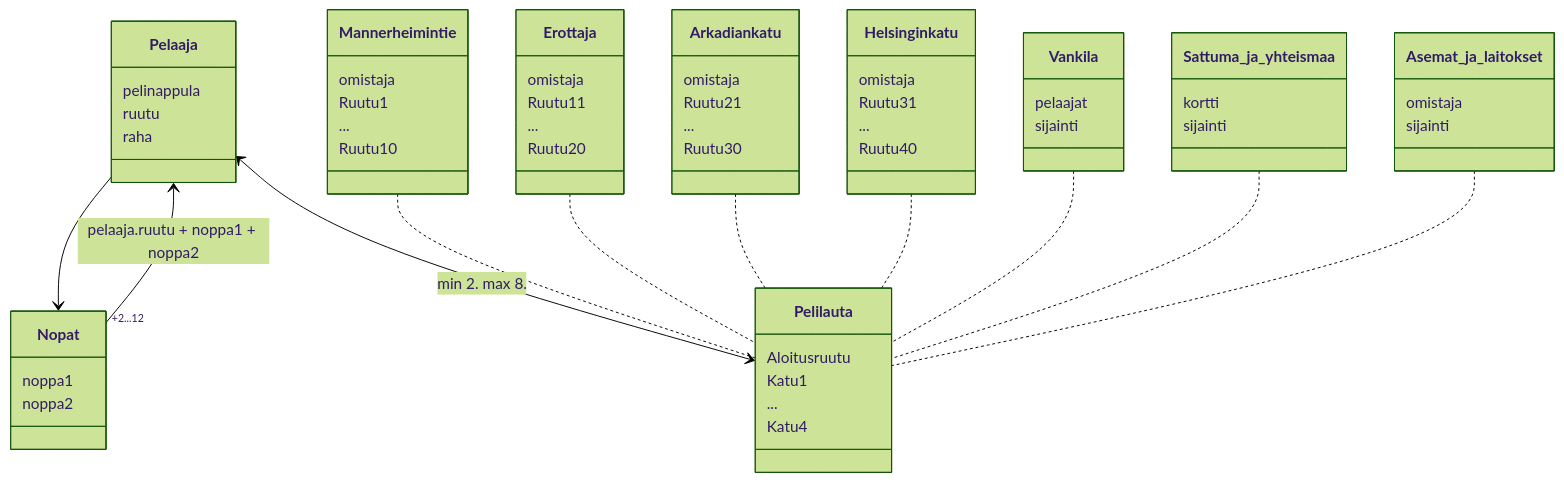
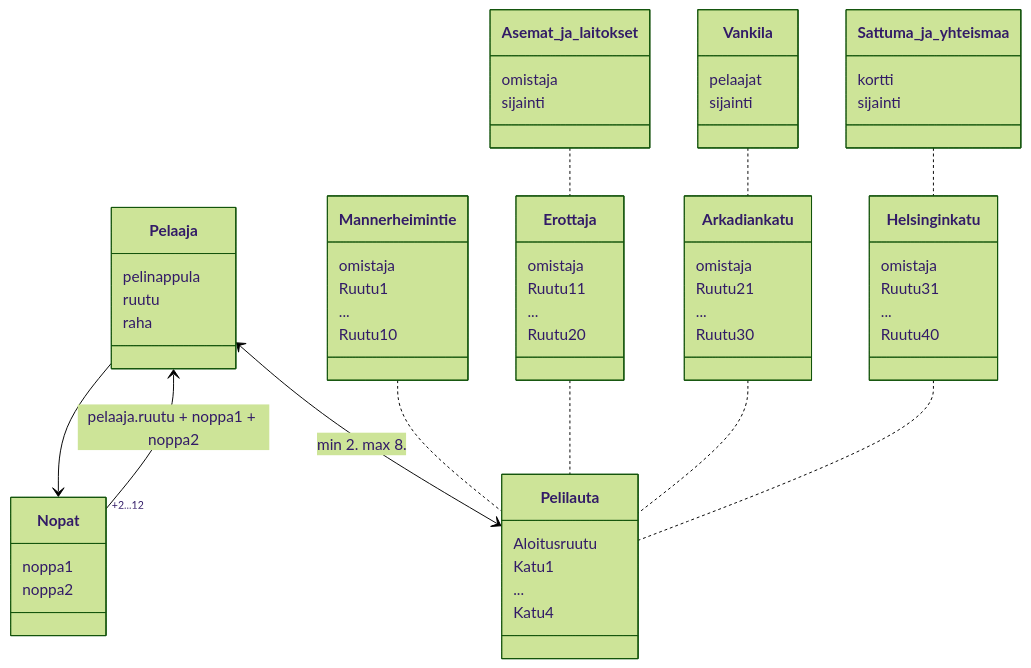
Before and after one commit to alumppio/ot-harjoitustyo: the diagram in laskarit/viikko3/laajennettu_monopoli.md, drawn with Mermaid (forest theme).

Commit message:
monopoli.md

````diff
--- a/laskarit/viikko3/laajennettu_monopoli.md
+++ b/laskarit/viikko3/laajennettu_monopoli.md
@@ -3,84 +3,84 @@
 ```mermaid 
 
   classDiagram
       Pelaaja --> Nopat
       Nopat "+2...12" --> Pelaaja : pelaaja.ruutu + noppa1 + noppa2
       Pelaaja <--> Pelilauta : min 2. max 8.
       Mannerheimintie .. Pelilauta
       Erottaja .. Pelilauta
       Arkadiankatu .. Pelilauta
       Helsinginkatu .. Pelilauta
-      Vankila .. Pelilauta
-      Sattuma_ja_yhteismaa .. Pelilauta
-      Asemat_ja_laitokset .. Pelilauta
+      Vankila .. Arkadiankatu
+      Sattuma_ja_yhteismaa .. Helsinginkatu
+      Asemat_ja_laitokset .. Erottaja
 
     class Pelilauta{
         Aloitusruutu
         Katu1
         ...
         Katu4
 
     }
 
 
     class Mannerheimintie{
         omistaja
         Ruutu1
         ...
         Ruutu10
     }
 
 
     class Erottaja{
         omistaja
         Ruutu11
         ...
         Ruutu20
     }
 
     class Arkadiankatu{
         omistaja
         Ruutu21
         ...
         Ruutu30
     }
 
 
     class Helsinginkatu{
         omistaja
         Ruutu31
         ...
         Ruutu40
     }
 
     class Nopat{
         noppa1
         noppa2
     }
 
 
       class Pelaaja{
           pelinappula
           ruutu
           raha
       }    
 
 
     class Vankila{
         pelaajat
         sijainti
     }
 
     class Sattuma_ja_yhteismaa{
         kortti
         sijainti
     }
 
     class Asemat_ja_laitokset{
         omistaja
         sijainti
     }
 
 
 
 ```
````
